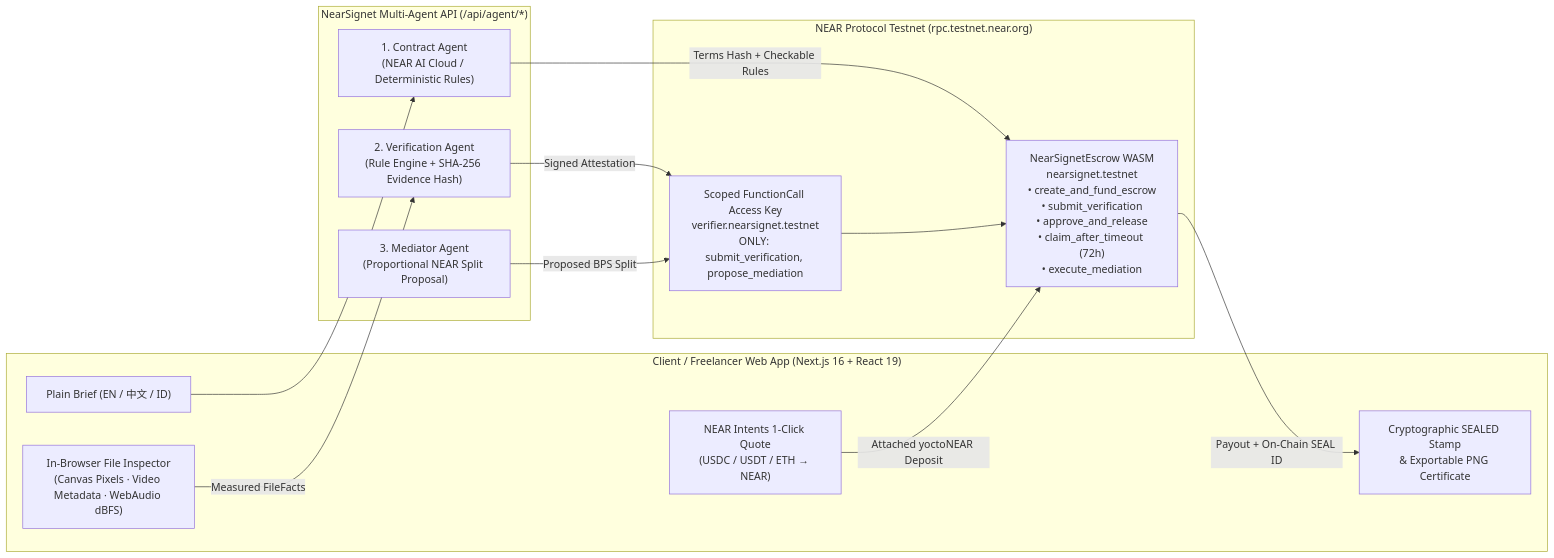
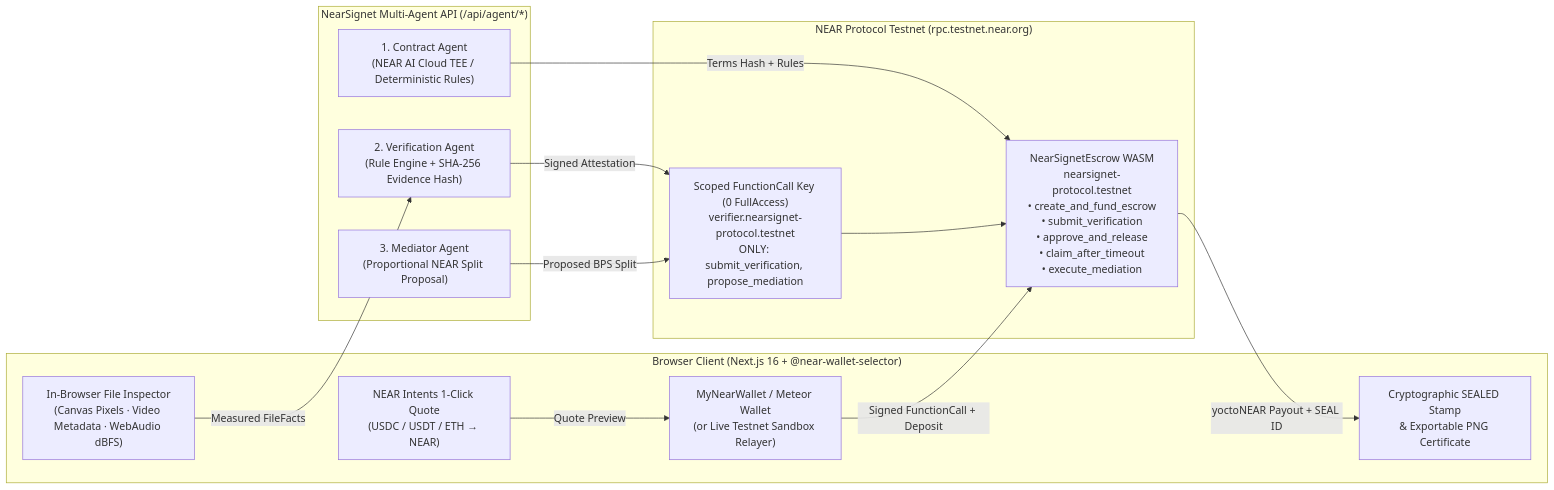
Before and after one commit to onad1ocrypto/nearsignet: the diagram in README.md, drawn with Mermaid. The commit also changed other lines of this file and 22 other files, not shown here.

Commit message:
feat(wallet): @near-wallet-selector (MyNearWallet + Meteor) & live Testnet scoped-key on-chain execution

````diff
--- a/README.md
+++ b/README.md
@@ -122,26 +107,27 @@
 ```mermaid
 flowchart LR
-  subgraph Web["Client / Freelancer Web App (Next.js 16 + React 19)"]
-    Brief["Plain Brief (EN / 中文 / ID)"]
+  subgraph Web["Browser Client (Next.js 16 + @near-wallet-selector)"]
+    Wallet["MyNearWallet / Meteor Wallet\n(or Live Testnet Sandbox Relayer)"]
     Inspector["In-Browser File Inspector\n(Canvas Pixels · Video Metadata · WebAudio dBFS)"]
     Intents["NEAR Intents 1-Click Quote\n(USDC / USDT / ETH → NEAR)"]
     Cert["Cryptographic SEALED Stamp\n& Exportable PNG Certificate"]
   end
 
   subgraph Agents["NearSignet Multi-Agent API (/api/agent/*)"]
-    CA["1. Contract Agent\n(NEAR AI Cloud / Deterministic Rules)"]
+    CA["1. Contract Agent\n(NEAR AI Cloud TEE / Deterministic Rules)"]
     VA["2. Verification Agent\n(Rule Engine + SHA-256 Evidence Hash)"]
     MA["3. Mediator Agent\n(Proportional NEAR Split Proposal)"]
   end
 
   subgraph NEAR["NEAR Protocol Testnet (rpc.testnet.near.org)"]
-    Key["Scoped FunctionCall Access Key\nverifier.nearsignet.testnet\nONLY: submit_verification, propose_mediation"]
-    Escrow["NearSignetEscrow WASM\nnearsignet.testnet\n• create_and_fund_escrow\n• submit_verification\n• approve_and_release\n• claim_after_timeout (72h)\n• execute_mediation"]
+    Key["Scoped FunctionCall Key (0 FullAccess)\nverifier.nearsignet-protocol.testnet\nONLY: submit_verification, propose_mediation"]
+    Escrow["NearSignetEscrow WASM\nnearsignet-protocol.testnet\n• create_and_fund_escrow\n• submit_verification\n• approve_and_release\n• claim_after_timeout\n• execute_mediation"]
   end
 
-  Brief --> CA -->|Terms Hash + Checkable Rules| Escrow
-  Intents -->|Attached yoctoNEAR Deposit| Escrow
+  Wallet -->|Signed FunctionCall + Deposit| Escrow
+  Intents -->|Quote Preview| Wallet
   Inspector -->|Measured FileFacts| VA -->|Signed Attestation| Key
+  CA -->|Terms Hash + Rules| Escrow
   MA -->|Proposed BPS Split| Key
-  Key --> Escrow -->|Payout + On-Chain SEAL ID| Cert
+  Key --> Escrow -->|yoctoNEAR Payout + SEAL ID| Cert
 ```
````
